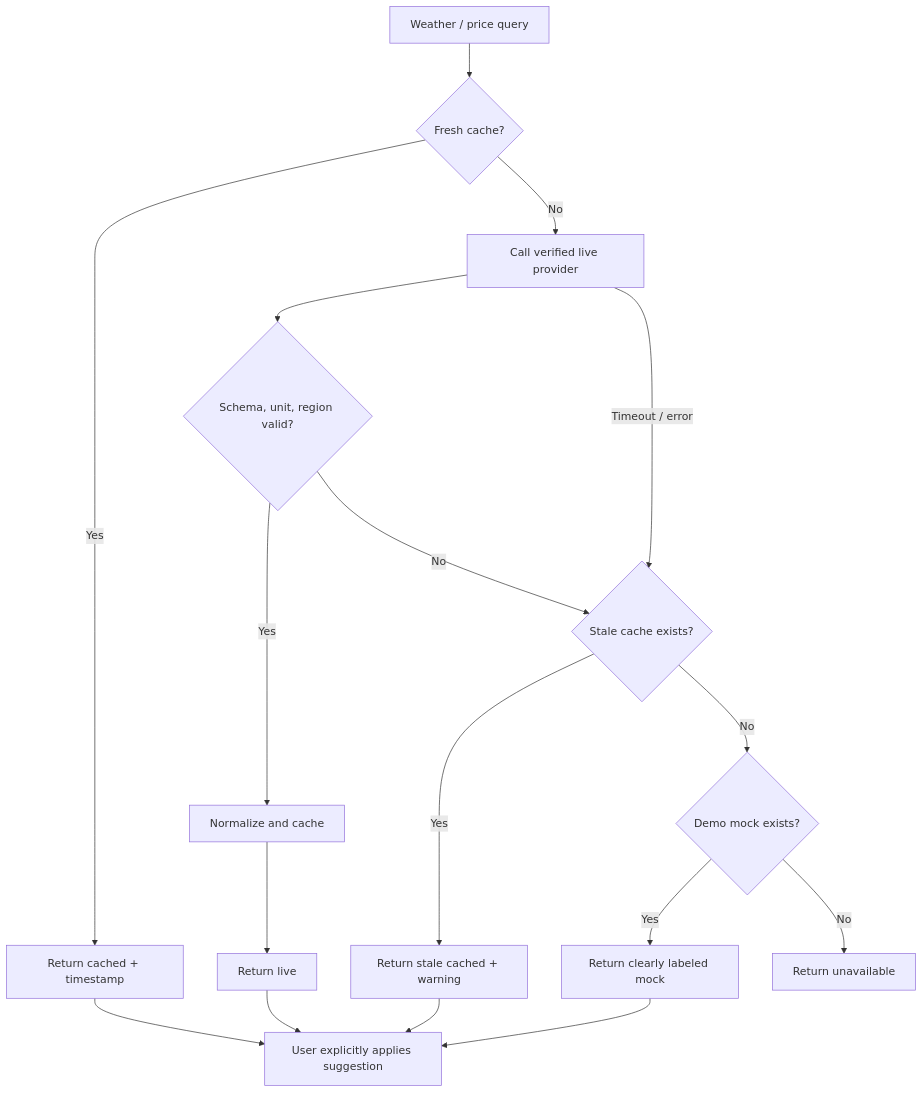
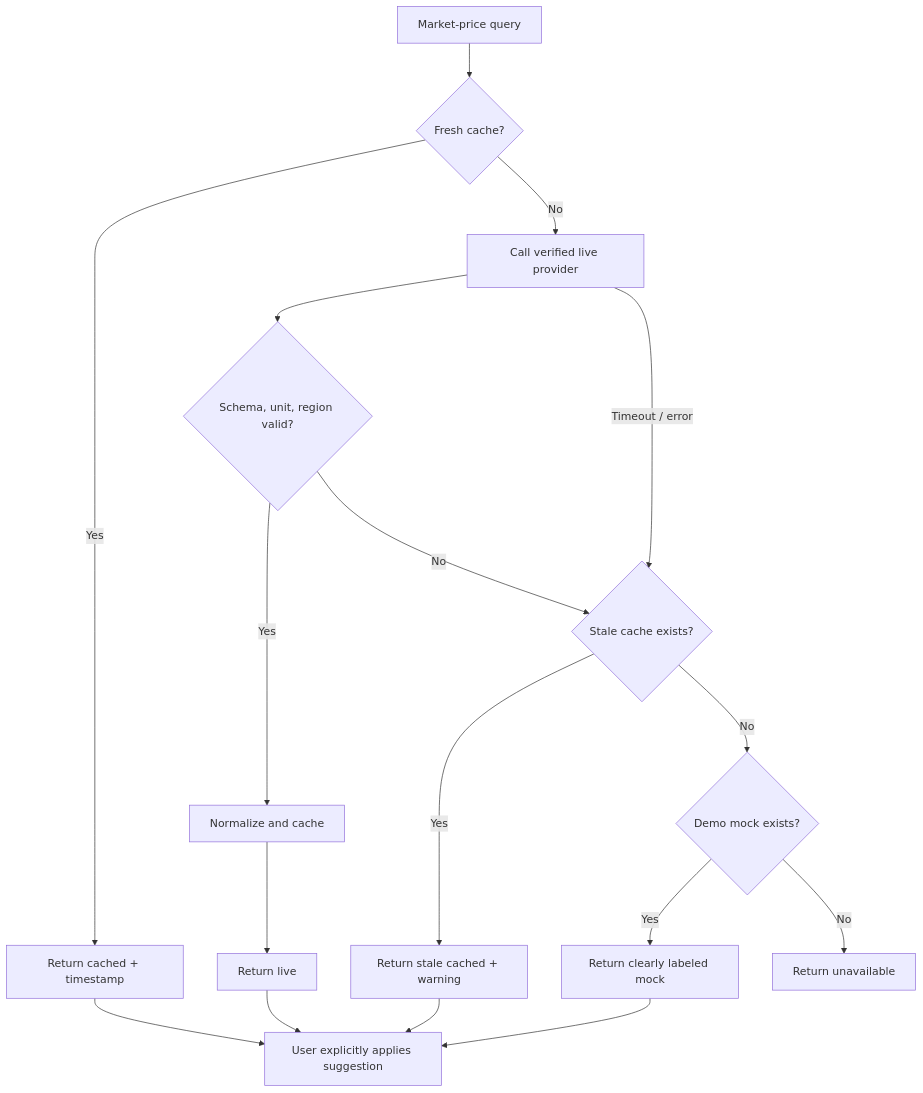
Before and after one commit to Nevanoz/SeasonWise: the fifth of 9 diagrams in docs/ARCHITECTURE_DIAGRAMS.md, drawn with Mermaid. The commit also changed other lines of this file and 63 other files, not shown here.

````diff
--- a/docs/ARCHITECTURE_DIAGRAMS.md
+++ b/docs/ARCHITECTURE_DIAGRAMS.md
@@ -83,19 +82,19 @@
 ```mermaid
 flowchart TD
-  Q["Weather / price query"] --> H{"Fresh cache?"}
+  Q["Market-price query"] --> H{"Fresh cache?"}
   H -->|Yes| C["Return cached + timestamp"]
   H -->|No| L["Call verified live provider"]
   L --> V{"Schema, unit, region valid?"}
   V -->|Yes| N["Normalize and cache"]
   N --> O["Return live"]
   V -->|No| S{"Stale cache exists?"}
   L -->|Timeout / error| S
   S -->|Yes| ST["Return stale cached + warning"]
   S -->|No| M{"Demo mock exists?"}
   M -->|Yes| MK["Return clearly labeled mock"]
   M -->|No| U["Return unavailable"]
   O --> X["User explicitly applies suggestion"]
   C --> X
   ST --> X
   MK --> X
 ```
````
